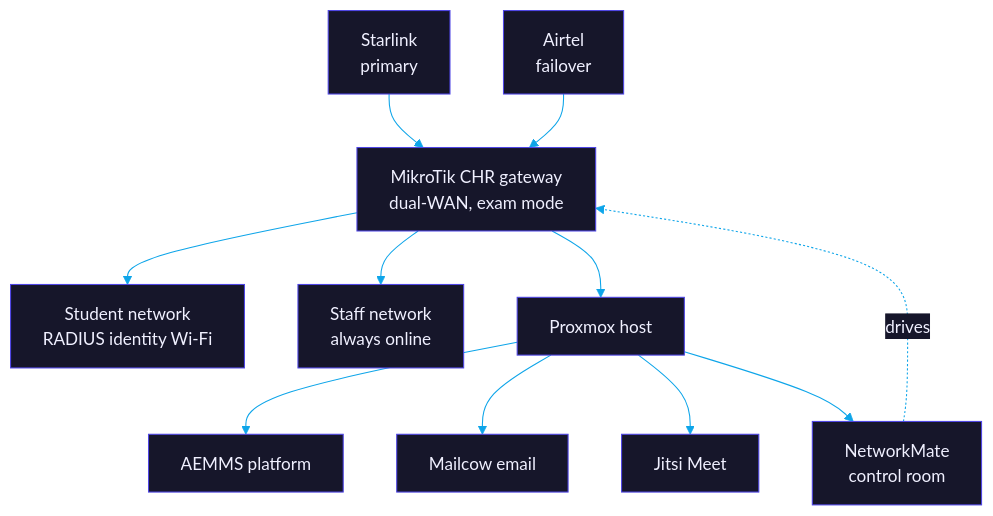
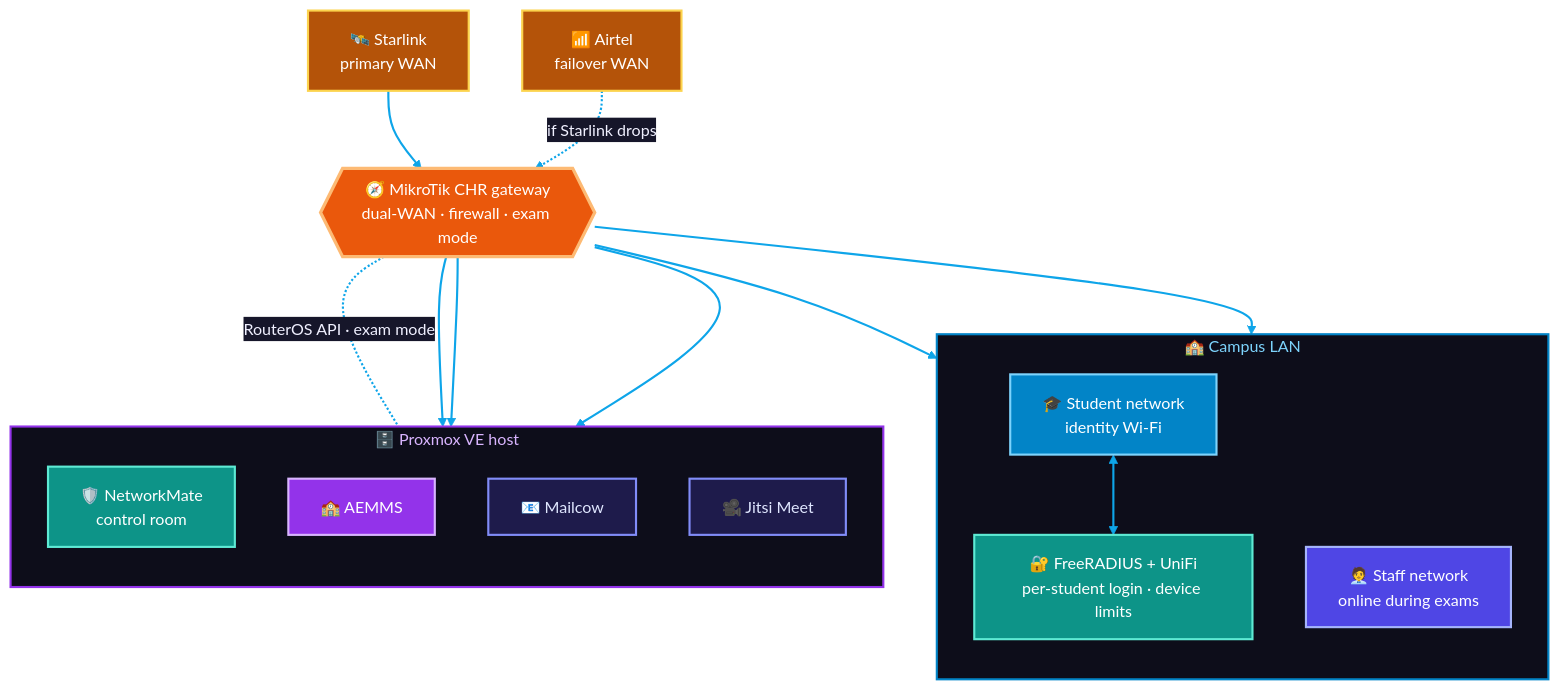
The first of 3 diagrams in case-studies/chesta-campus-network.md (flowser/flowser), drawn with Mermaid before and after one commit. The commit also changed other lines of this file and 3 other files, not shown here.

Commit message:
Flagship AEMMS section, colour Mermaid diagrams, private work index, timeline

````diff
--- a/case-studies/chesta-campus-network.md
+++ b/case-studies/chesta-campus-network.md
@@ -38,15 +38,39 @@
 ```mermaid
-%%{init: {'theme':'base','themeVariables':{'primaryColor':'#16162a','primaryTextColor':'#f0f0ff','primaryBorderColor':'#4f46e5','lineColor':'#0ea5e9','secondaryColor':'#0d0d1a','tertiaryColor':'#12121f','clusterBkg':'#0d0d1a','clusterBorder':'#4f46e5','titleColor':'#0ea5e9','edgeLabelBackground':'#16162a'}}}%%
+%%{init: {'theme':'base','themeVariables':{'fontSize':'15px','primaryColor':'#16162a','primaryTextColor':'#f0f0ff','primaryBorderColor':'#4f46e5','lineColor':'#0ea5e9','clusterBkg':'#0d0d1a','clusterBorder':'#4f46e5','titleColor':'#0ea5e9','edgeLabelBackground':'#16162a'}}}%%
 flowchart TB
-  SL["Starlink<br/>primary"] --> GW
-  AT["Airtel<br/>failover"] --> GW
-  GW["MikroTik CHR gateway<br/>dual-WAN, exam mode"]
-  GW --> STU["Student network<br/>RADIUS identity Wi-Fi"]
-  GW --> STF["Staff network<br/>always online"]
-  GW --> PVE["Proxmox host"]
-  PVE --> AEMMS["AEMMS platform"]
-  PVE --> MAIL["Mailcow email"]
-  PVE --> MEET["Jitsi Meet"]
-  PVE --> NM["NetworkMate<br/>control room"]
-  NM -.->|drives| GW
+  SL["🛰️ Starlink<br/>primary WAN"]:::wan
+  AT["📶 Airtel<br/>failover WAN"]:::wan
+  GW{{"🧭 MikroTik CHR gateway<br/>dual-WAN · firewall · exam mode"}}:::core
+  SL ==> GW
+  AT -.->|if Starlink drops| GW
+  subgraph lan["🏫 Campus LAN"]
+    direction TB
+    ST["🎓 Student network<br/>identity Wi-Fi"]:::trainee
+    SF["🧑‍💼 Staff network<br/>online during exams"]:::staff
+    RAD["🔐 FreeRADIUS + UniFi<br/>per-student login · device limits"]:::net
+    ST <--> RAD
+  end
+  subgraph px["🗄️ Proxmox VE host"]
+    direction TB
+    NM["🛡️ NetworkMate<br/>control room"]:::net
+    AE["🏫 AEMMS"]:::ai
+    MC["📧 Mailcow"]:::data
+    JT["🎥 Jitsi Meet"]:::data
+  end
+  GW --> ST
+  GW --> SF
+  GW -.-|RouterOS API · exam mode| NM
+  GW --> AE
+  GW --> MC
+  GW --> JT
+  classDef wan fill:#b45309,stroke:#fcd34d,stroke-width:2px,color:#ffffff
+  classDef core fill:#ea580c,stroke:#fdba74,stroke-width:3px,color:#ffffff
+  classDef trainee fill:#0284c7,stroke:#7dd3fc,stroke-width:2px,color:#ffffff
+  classDef staff fill:#4f46e5,stroke:#a5b4fc,stroke-width:2px,color:#ffffff
+  classDef net fill:#0d9488,stroke:#5eead4,stroke-width:2px,color:#ffffff
+  classDef ai fill:#9333ea,stroke:#d8b4fe,stroke-width:2px,color:#ffffff
+  classDef data fill:#1e1b4b,stroke:#818cf8,stroke-width:2px,color:#e0e7ff
+  style lan fill:#0d0d1a,stroke:#0284c7,stroke-width:2px,color:#7dd3fc
+  style px fill:#0d0d1a,stroke:#9333ea,stroke-width:2px,color:#d8b4fe
+  linkStyle default stroke:#0ea5e9,stroke-width:2px
 ```
````
